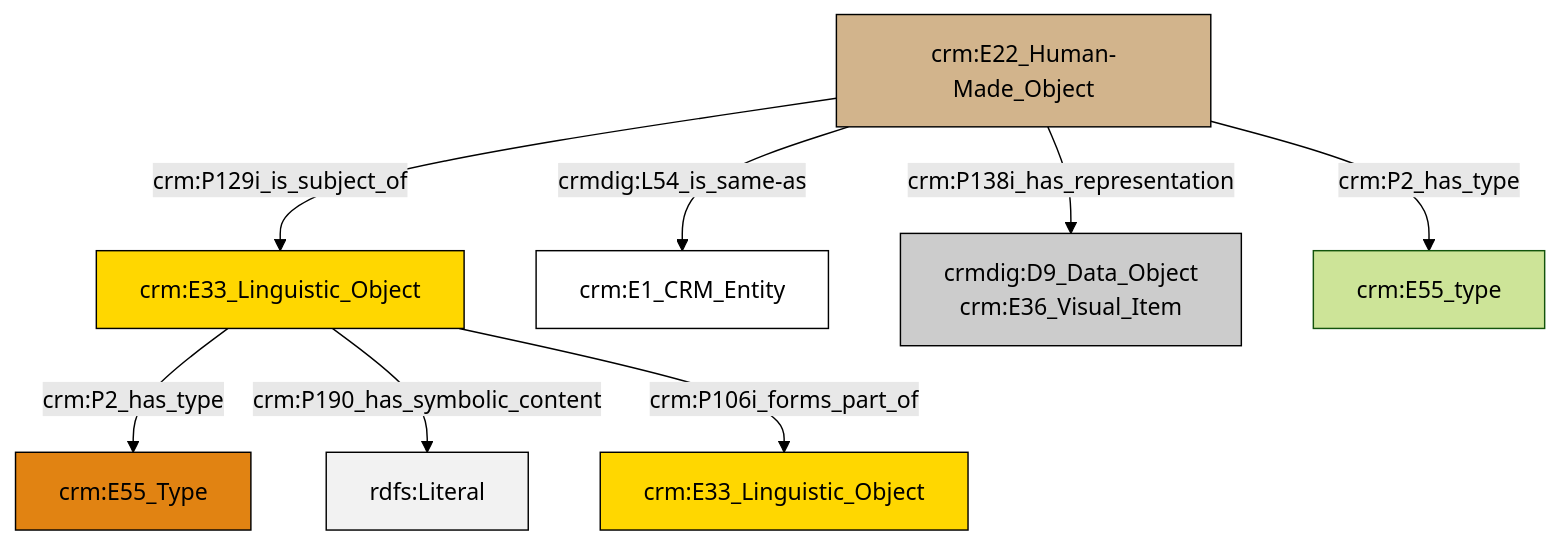
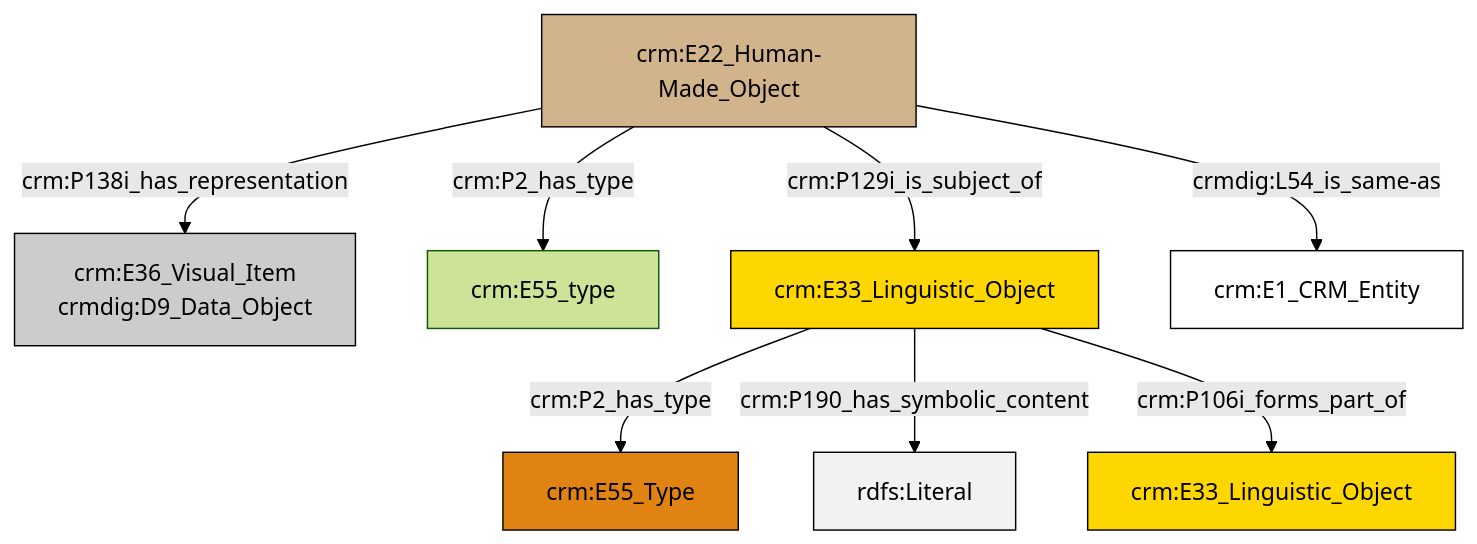
One commit to swiss-art-research-net/reference-data-models changed the diagram in et/artworkCSV/ttl/mmd/Artwork_Documentation.ttl.mmd. Above: the diagram before and after it, drawn with Mermaid (forest theme). The commit also changed 124 other files, not shown here.

```diff
--- a/et/artworkCSV/ttl/mmd/Artwork_Documentation.ttl.mmd
+++ b/et/artworkCSV/ttl/mmd/Artwork_Documentation.ttl.mmd
@@ -1,22 +1,22 @@
 graph TD
 classDef Literal fill:#f2f2f2,stroke:#000000;
 classDef CRM_Entity fill:#FFFFFF,stroke:#000000;
 classDef Temporal_Entity fill:#00C9E6, stroke:#000000;
 classDef Type fill:#E18312, stroke:#000000;
 classDef Time-Span fill:#2C9C91, stroke:#000000;
 classDef Appellation fill:#FFEB7F, stroke:#000000;
 classDef Place fill:#008836, stroke:#000000;
 classDef Persistent_Item fill:#B266B2, stroke:#000000;
 classDef Conceptual_Object fill:#FFD700, stroke:#000000;
 classDef Physical_Thing fill:#D2B48C, stroke:#000000;
 classDef Actor fill:#f58aad, stroke:#000000;
 classDef PC_Classes fill:#4ce600, stroke:#000000;
 classDef Multi fill:#cccccc,stroke:#000000;
 
-0["crm:E33_Linguistic_Object"]:::Conceptual_Object -->|crm:P2_has_type| 1["crm:E55_Type"]:::Type
-2["crm:E22_Human-Made_Object"]:::Physical_Thing -->|crm:P129i_is_subject_of| 0["crm:E33_Linguistic_Object"]:::Conceptual_Object
-0["crm:E33_Linguistic_Object"]:::Conceptual_Object -->|crm:P190_has_symbolic_content| 5[rdfs:Literal]:::Literal
-0["crm:E33_Linguistic_Object"]:::Conceptual_Object -->|crm:P106i_forms_part_of| 10["crm:E33_Linguistic_Object"]:::Conceptual_Object
-2["crm:E22_Human-Made_Object"]:::Physical_Thing -->|crm:P2_has_type| 11["crm:E55_type"]:::Default
-2["crm:E22_Human-Made_Object"]:::Physical_Thing -->|crm:P138i_has_representation| 6["crmdig:D9_Data_Object<br>crm:E36_Visual_Item"]:::Multi
-2["crm:E22_Human-Made_Object"]:::Physical_Thing -->|crmdig:L54_is_same-as| 3["crm:E1_CRM_Entity"]:::CRM_Entity
+2["crm:E22_Human-Made_Object"]:::Physical_Thing -->|crm:P2_has_type| 3["crm:E55_type"]:::Default
+6["crm:E33_Linguistic_Object"]:::Conceptual_Object -->|crm:P2_has_type| 4["crm:E55_Type"]:::Type
+6["crm:E33_Linguistic_Object"]:::Conceptual_Object -->|crm:P190_has_symbolic_content| 11[rdfs:Literal]:::Literal
+6["crm:E33_Linguistic_Object"]:::Conceptual_Object -->|crm:P106i_forms_part_of| 7["crm:E33_Linguistic_Object"]:::Conceptual_Object
+2["crm:E22_Human-Made_Object"]:::Physical_Thing -->|crmdig:L54_is_same-as| 9["crm:E1_CRM_Entity"]:::CRM_Entity
+2["crm:E22_Human-Made_Object"]:::Physical_Thing -->|crm:P138i_has_representation| 0["crm:E36_Visual_Item<br>crmdig:D9_Data_Object"]:::Multi
+2["crm:E22_Human-Made_Object"]:::Physical_Thing -->|crm:P129i_is_subject_of| 6["crm:E33_Linguistic_Object"]:::Conceptual_Object
```
